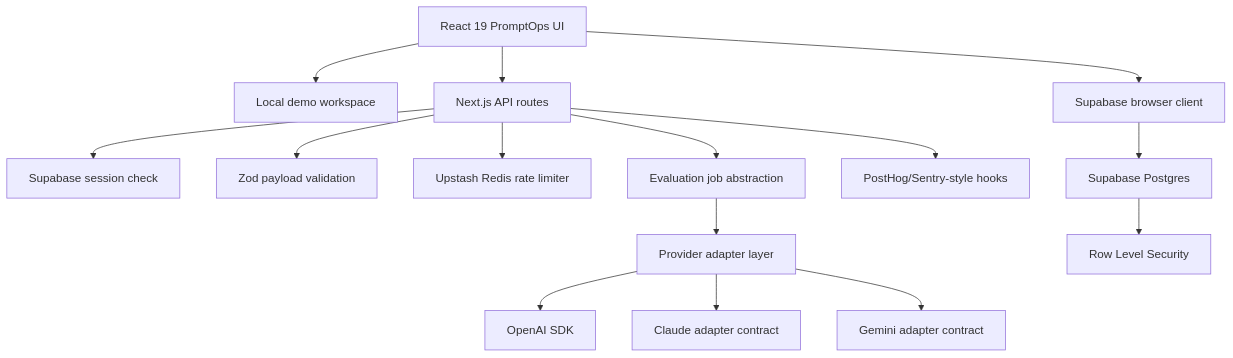
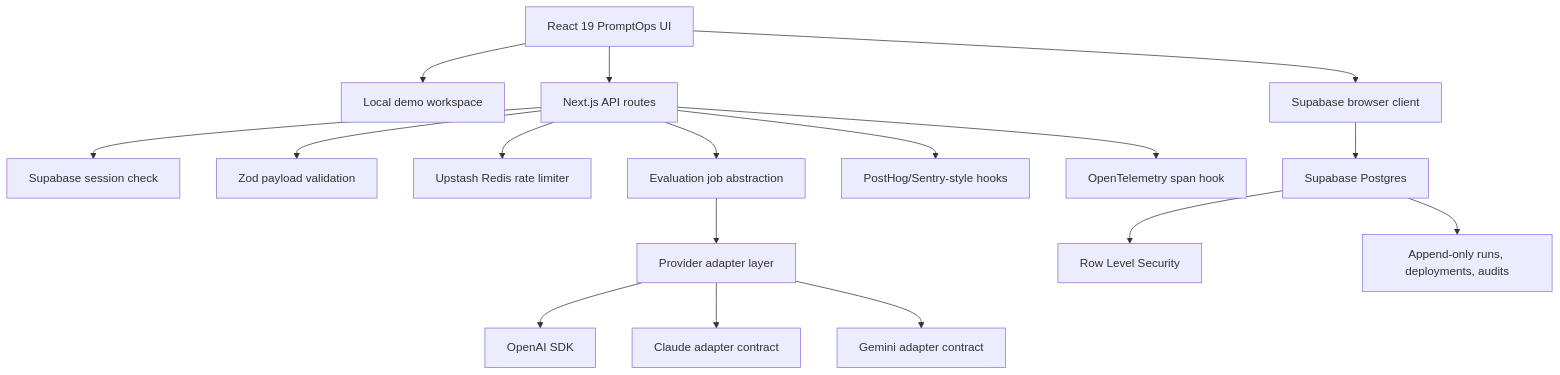
The first of 4 diagrams in docs/ARCHITECTURE.md (obone410/AI-Prompt-Management-Platform), drawn with Mermaid before and after one commit. The commit also changed other lines of this file and 19 other files, not shown here.

````diff
--- a/docs/ARCHITECTURE.md
+++ b/docs/ARCHITECTURE.md
@@ -15,19 +18,21 @@
 ```mermaid
 flowchart TD
   Browser["React 19 PromptOps UI"] --> LocalStore["Local demo workspace"]
   Browser --> SupabaseBrowser["Supabase browser client"]
   Browser --> Routes["Next.js API routes"]
 
   Routes --> Auth["Supabase session check"]
   Routes --> Zod["Zod payload validation"]
   Routes --> RateLimit["Upstash Redis rate limiter"]
   Routes --> Jobs["Evaluation job abstraction"]
   Routes --> Observability["PostHog/Sentry-style hooks"]
+  Routes --> OTel["OpenTelemetry span hook"]
   Jobs --> Providers["Provider adapter layer"]
   Providers --> OpenAI["OpenAI SDK"]
   Providers --> Claude["Claude adapter contract"]
   Providers --> Gemini["Gemini adapter contract"]
 
   SupabaseBrowser --> Postgres["Supabase Postgres"]
   Postgres --> RLS["Row Level Security"]
+  Postgres --> AppendOnly["Append-only runs, deployments, audits"]
 ```
````
